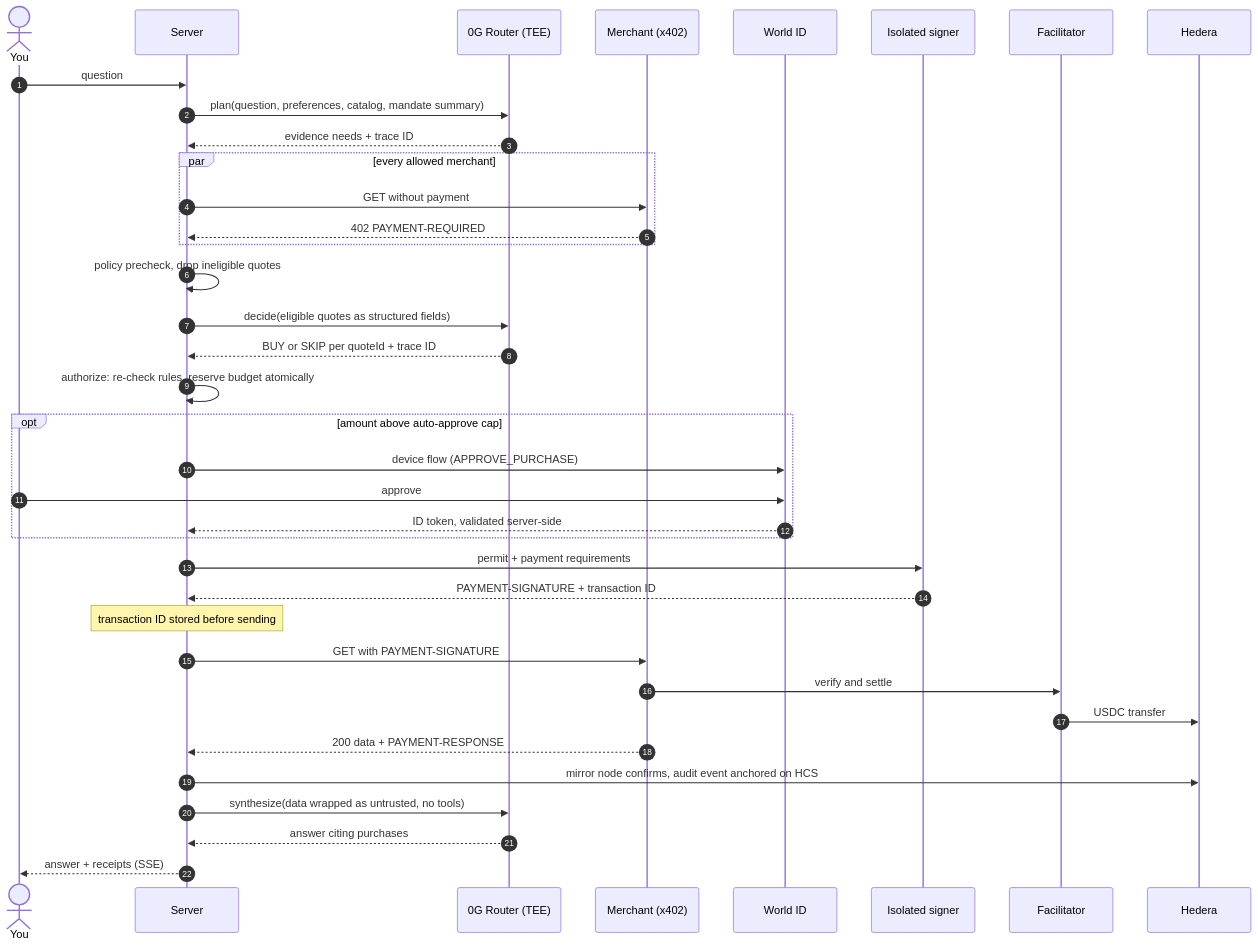
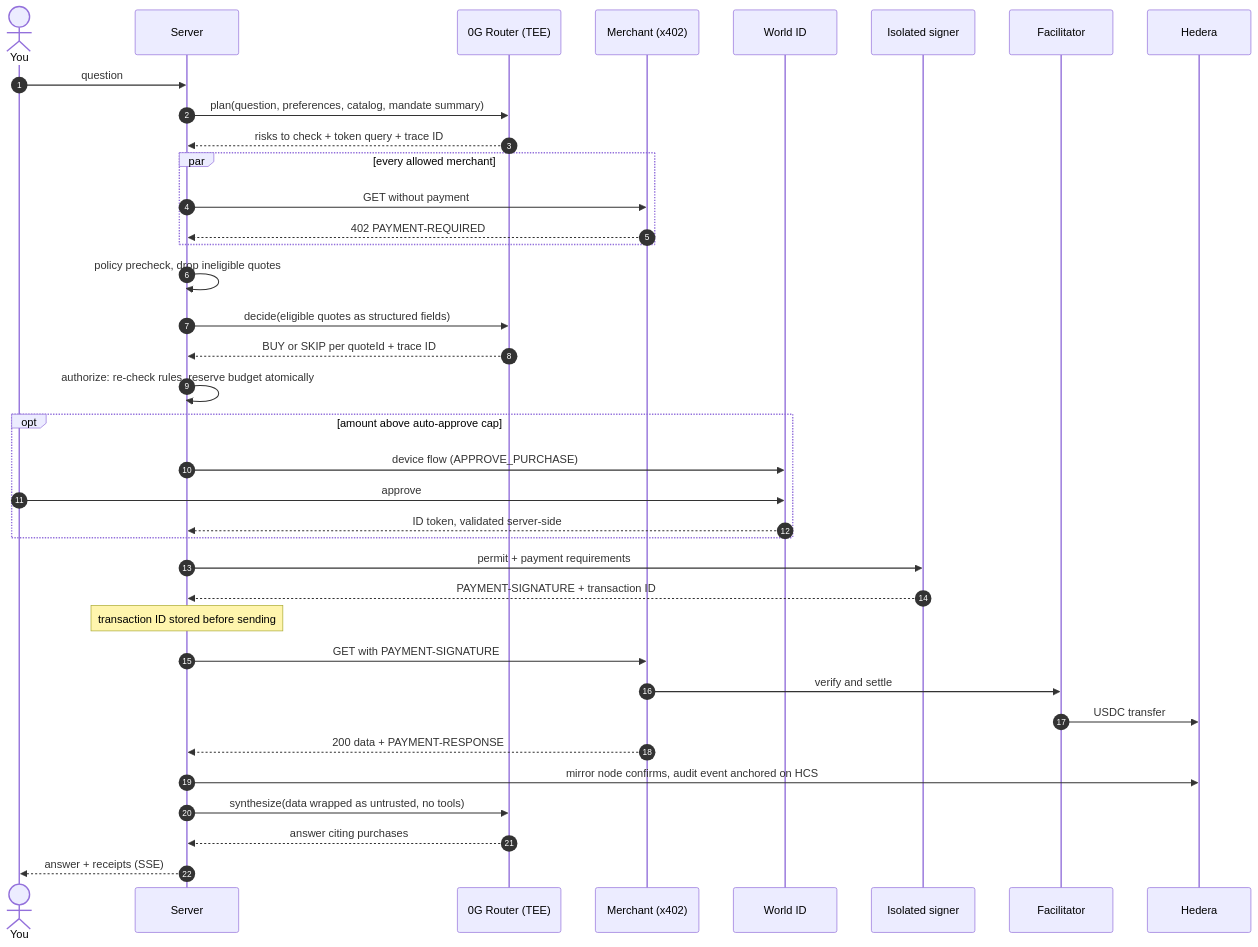
One commit to FalconBirdONE/kakashi changed the second of 3 diagrams in README.md. Above: the diagram before and after it, drawn with Mermaid. The commit also changed other lines of this file and 9 other files, not shown here.

Commit message:
feat: token-check brain prompts, evals and README

````diff
--- a/README.md
+++ b/README.md
@@ -243,39 +274,39 @@
 ```mermaid
 sequenceDiagram
   autonumber
   actor U as You
   participant S as Server
   participant Z as 0G Router (TEE)
   participant M as Merchant (x402)
   participant W as World ID
   participant G as Isolated signer
   participant F as Facilitator
   participant H as Hedera
   U->>S: question
   S->>Z: plan(question, preferences, catalog, mandate summary)
-  Z-->>S: evidence needs + trace ID
+  Z-->>S: risks to check + token query + trace ID
   par every allowed merchant
     S->>M: GET without payment
     M-->>S: 402 PAYMENT-REQUIRED
   end
   S->>S: policy precheck, drop ineligible quotes
   S->>Z: decide(eligible quotes as structured fields)
   Z-->>S: BUY or SKIP per quoteId + trace ID
   S->>S: authorize: re-check rules, reserve budget atomically
   opt amount above auto-approve cap
     S->>W: device flow (APPROVE_PURCHASE)
     U->>W: approve
     W-->>S: ID token, validated server-side
   end
   S->>G: permit + payment requirements
   G-->>S: PAYMENT-SIGNATURE + transaction ID
   Note over S: transaction ID stored before sending
   S->>M: GET with PAYMENT-SIGNATURE
   M->>F: verify and settle
   F->>H: USDC transfer
   M-->>S: 200 data + PAYMENT-RESPONSE
   S->>H: mirror node confirms, audit event anchored on HCS
   S->>Z: synthesize(data wrapped as untrusted, no tools)
   Z-->>S: answer citing purchases
   S-->>U: answer + receipts (SSE)
 ```
````
